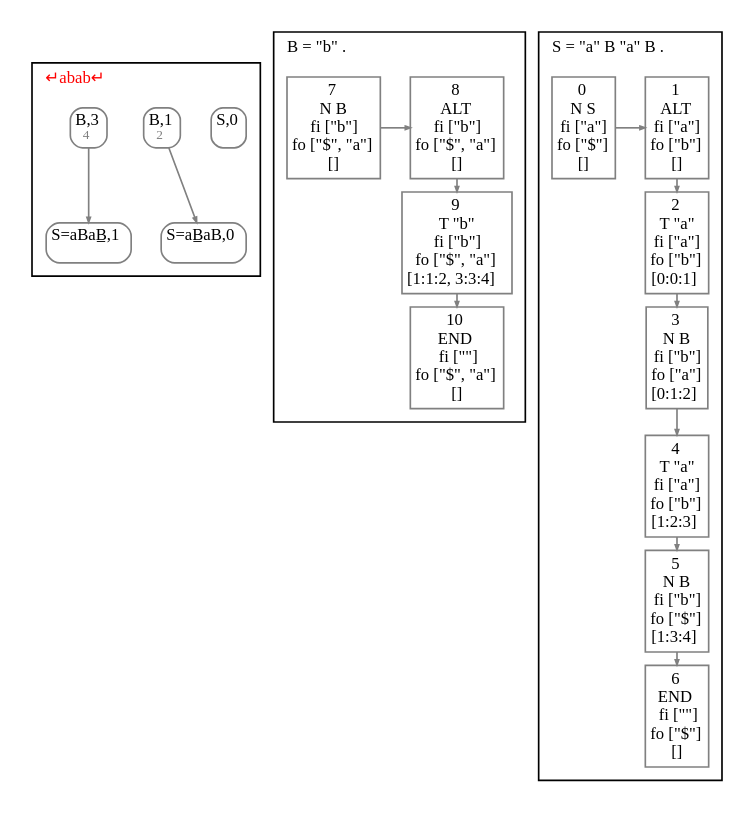
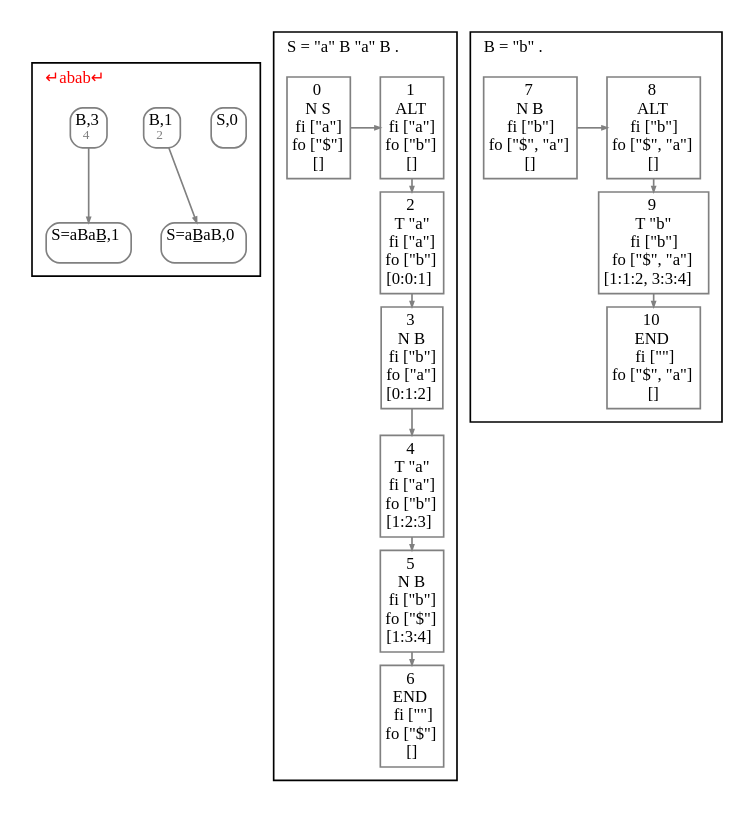
One commit to JanWillemBrands/AoC2021 changed the diagram in ART.gv. Above: the diagram before and after it, drawn with Graphviz. The commit also changed other lines of this file and 23 other files, not shown here.

```diff
--- a/ART.gv
+++ b/ART.gv
@@ -1,69 +1,69 @@
 digraph G {
   fontname = Menlo
   fontsize = 10
   node [fontname = Menlo, fontsize = 10, color = gray, height = 0, width = 0, margin= 0.04]
   edge [fontname = Menlo, fontsize = 10, color = gray, arrowsize = 0.3]
   graph [ranksep = 0.1]
   rankdir = "TB"
   subgraph GSS {
     cluster = true
     label = <↵abab↵> fontcolor = red
     labeljust = l
     node [shape = box, style = rounded, height = 0]
     0.0 [label = <S,0<br/><font color="gray" point-size="8.0"> </font>>]
     3.0 [label = <S=aB̲aB,0<br/><font color="gray" point-size="8.0"> </font>>]
     5.1 [label = <S=aBaB̲,1<br/><font color="gray" point-size="8.0"> </font>>]
     7.1 [label = <B,1<br/><font color="gray" point-size="8.0"> 2</font>>]
     7.1 -> 3.0
     7.3 [label = <B,3<br/><font color="gray" point-size="8.0"> 4</font>>]
     7.3 -> 5.1
-  }
-  subgraph clusterB {
-    node [shape = box]
-    label = <B = "b" .>
-    labeljust = l
-    BR0C0 [label = <7<br/>N B<br/>fi ["b"]<br/>fo ["$", "a"]<br/>[]>]
-    BR0C1 [label = <8<br/>ALT <br/>fi ["b"]<br/>fo ["$", "a"]<br/>[]>]
-    BR1C1 [label = <9<br/>T "b"<br/>fi ["b"]<br/>fo ["$", "a"]<br/>[1:1:2, 3:3:4]>]
-    BR2C1 [label = <10<br/>END <br/>fi [""]<br/>fo ["$", "a"]<br/>[]>]
-    BR1C1 -> BR2C1 [weight=100000000]
-    BR0C1 -> BR1C1 [weight=100000000]
-    rank = same {BR0C0 -> BR0C1}
-    node [style = invis]
-    edge [style = invis]
-    BR0C0 -> BR1C0 [weight=100000000]
-    rank = same {BR1C0 -> BR1C1}
-    BR1C0 -> BR2C0 [weight=100000000]
-    rank = same {BR2C0 -> BR2C1}
   }
   subgraph clusterS {
     node [shape = box]
     label = <S = "a" B "a" B .>
     labeljust = l
     SR0C0 [label = <0<br/>N S<br/>fi ["a"]<br/>fo ["$"]<br/>[]>]
     SR0C1 [label = <1<br/>ALT <br/>fi ["a"]<br/>fo ["b"]<br/>[]>]
     SR1C1 [label = <2<br/>T "a"<br/>fi ["a"]<br/>fo ["b"]<br/>[0:0:1]>]
     SR2C1 [label = <3<br/>N B<br/>fi ["b"]<br/>fo ["a"]<br/>[0:1:2]>]
     SR3C1 [label = <4<br/>T "a"<br/>fi ["a"]<br/>fo ["b"]<br/>[1:2:3]>]
     SR4C1 [label = <5<br/>N B<br/>fi ["b"]<br/>fo ["$"]<br/>[1:3:4]>]
     SR5C1 [label = <6<br/>END <br/>fi [""]<br/>fo ["$"]<br/>[]>]
     SR4C1 -> SR5C1 [weight=100000000]
     SR3C1 -> SR4C1 [weight=100000000]
     SR2C1 -> SR3C1 [weight=100000000]
     SR1C1 -> SR2C1 [weight=100000000]
     SR0C1 -> SR1C1 [weight=100000000]
     rank = same {SR0C0 -> SR0C1}
     node [style = invis]
     edge [style = invis]
     SR0C0 -> SR1C0 [weight=100000000]
     rank = same {SR1C0 -> SR1C1}
     SR1C0 -> SR2C0 [weight=100000000]
     rank = same {SR2C0 -> SR2C1}
     SR2C0 -> SR3C0 [weight=100000000]
     rank = same {SR3C0 -> SR3C1}
     SR3C0 -> SR4C0 [weight=100000000]
     rank = same {SR4C0 -> SR4C1}
     SR4C0 -> SR5C0 [weight=100000000]
     rank = same {SR5C0 -> SR5C1}
   }
+  subgraph clusterB {
+    node [shape = box]
+    label = <B = "b" .>
+    labeljust = l
+    BR0C0 [label = <7<br/>N B<br/>fi ["b"]<br/>fo ["$", "a"]<br/>[]>]
+    BR0C1 [label = <8<br/>ALT <br/>fi ["b"]<br/>fo ["$", "a"]<br/>[]>]
+    BR1C1 [label = <9<br/>T "b"<br/>fi ["b"]<br/>fo ["$", "a"]<br/>[1:1:2, 3:3:4]>]
+    BR2C1 [label = <10<br/>END <br/>fi [""]<br/>fo ["$", "a"]<br/>[]>]
+    BR1C1 -> BR2C1 [weight=100000000]
+    BR0C1 -> BR1C1 [weight=100000000]
+    rank = same {BR0C0 -> BR0C1}
+    node [style = invis]
+    edge [style = invis]
+    BR0C0 -> BR1C0 [weight=100000000]
+    rank = same {BR1C0 -> BR1C1}
+    BR1C0 -> BR2C0 [weight=100000000]
+    rank = same {BR2C0 -> BR2C1}
+  }
 }
```
